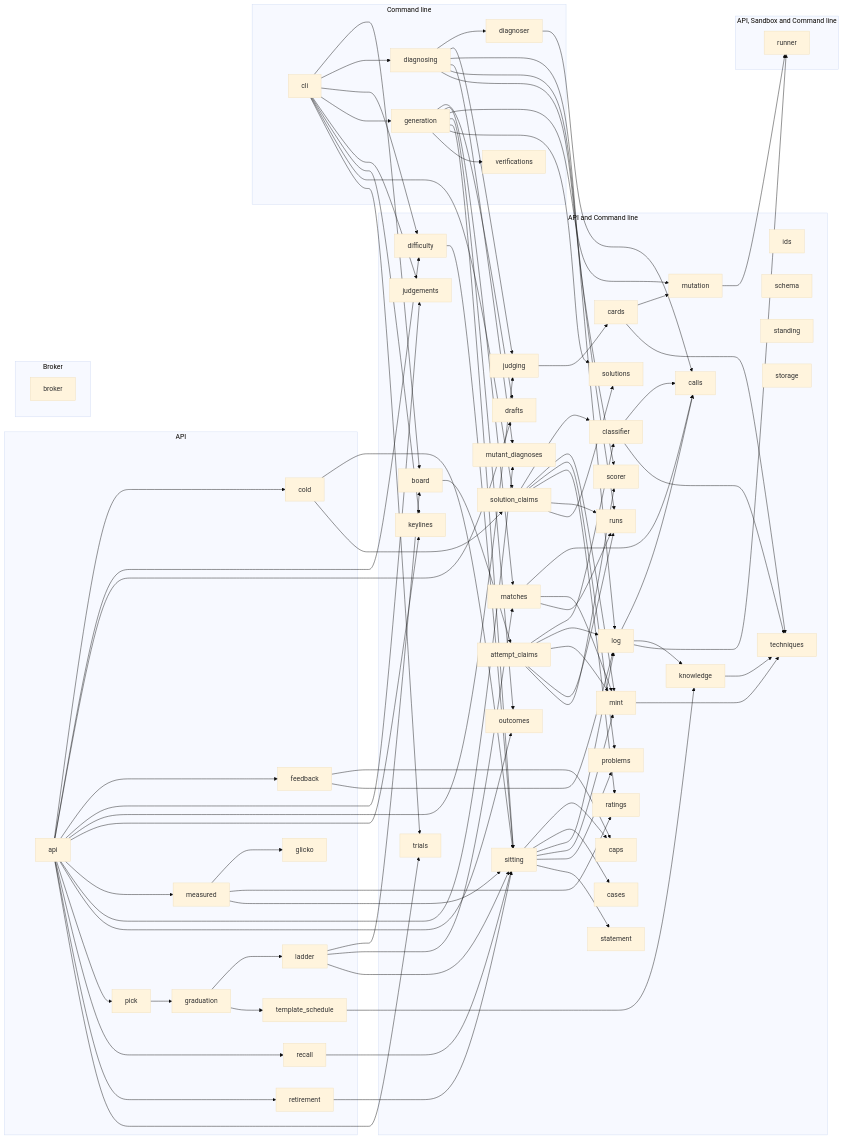
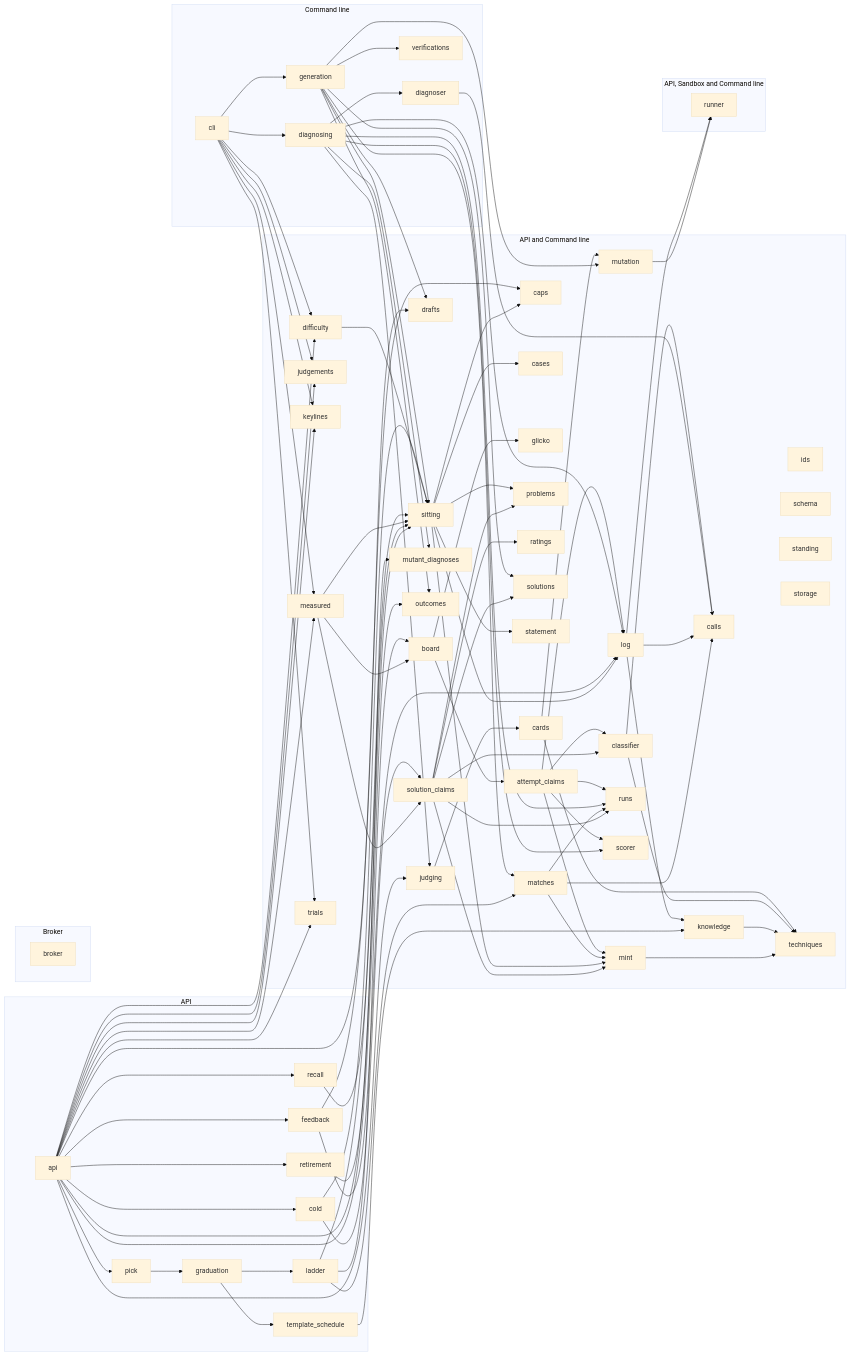
One commit to climbance/climbance changed the diagram in docs/architecture/modules.md. Above: the diagram before and after it, drawn with Mermaid (base theme). The commit also changed 10 other files, not shown here.

```diff
--- a/docs/architecture/modules.md
+++ b/docs/architecture/modules.md
@@ -38,10 +38,8 @@
         climb_api["api"]
         climb_cold["cold"]
         climb_feedback["feedback"]
-        climb_glicko["glicko"]
         climb_graduation["graduation"]
         climb_ladder["ladder"]
-        climb_measured["measured"]
         climb_pick["pick"]
         climb_recall["recall"]
         climb_retirement["retirement"]
@@ -67,6 +65,7 @@
         climb_classifier["classifier"]
         climb_difficulty["difficulty"]
         climb_drafts["drafts"]
+        climb_glicko["glicko"]
         climb_ids["ids"]
         climb_judgements["judgements"]
         climb_judging["judging"]
@@ -74,6 +73,7 @@
         climb_knowledge["knowledge"]
         climb_log["log"]
         climb_matches["matches"]
+        climb_measured["measured"]
         climb_mint["mint"]
         climb_mutant_diagnoses["mutant_diagnoses"]
         climb_mutation["mutation"]
@@ -115,17 +115,17 @@
     climb_attempt_claims --> climb_runs
     climb_attempt_claims --> climb_scorer
     climb_board --> climb_attempt_claims
+    climb_board --> climb_glicko
     climb_cards --> climb_mutation
     climb_cards --> climb_techniques
     climb_classifier --> climb_calls
     climb_classifier --> climb_techniques
-    climb_cli --> climb_board
     climb_cli --> climb_diagnosing
     climb_cli --> climb_difficulty
     climb_cli --> climb_generation
     climb_cli --> climb_judgements
     climb_cli --> climb_keylines
-    climb_cli --> climb_solution_claims
+    climb_cli --> climb_measured
     climb_cli --> climb_trials
     climb_cold --> climb_sitting
     climb_cold --> climb_solution_claims
@@ -159,9 +159,9 @@
     climb_matches --> climb_calls
     climb_matches --> climb_mint
     climb_matches --> climb_runs
-    climb_measured --> climb_glicko
-    climb_measured --> climb_ratings
+    climb_measured --> climb_board
     climb_measured --> climb_sitting
+    climb_measured --> climb_solution_claims
     climb_mint --> climb_techniques
     climb_mutation --> climb_runner
     climb_pick --> climb_graduation
```
